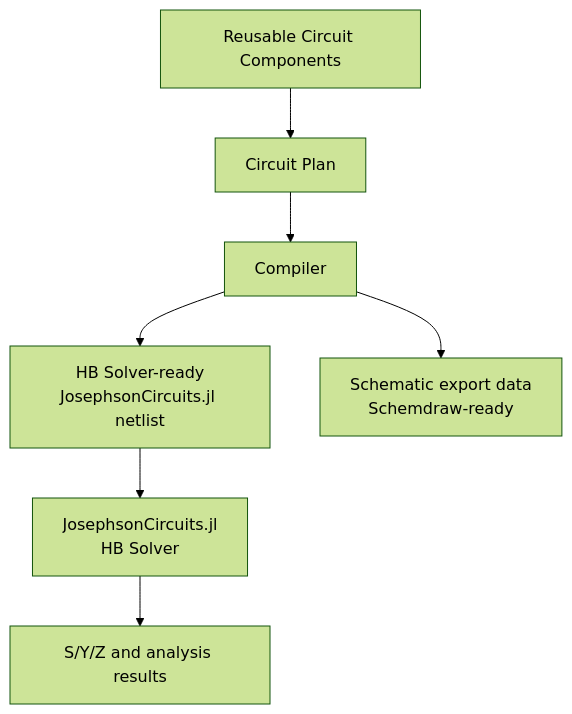
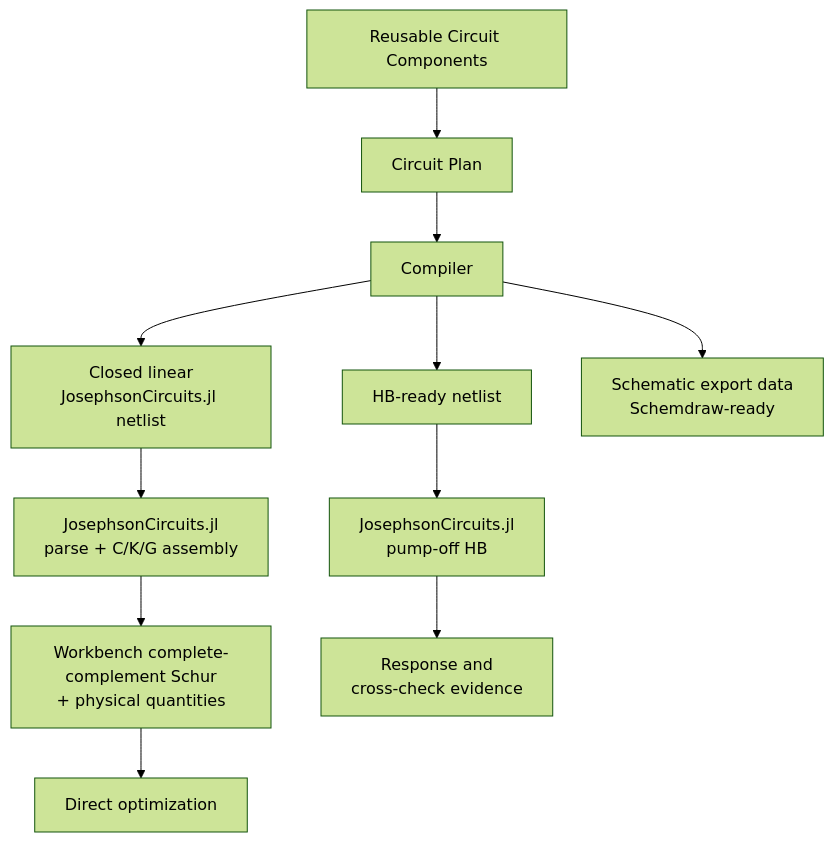
One commit to arfiligol/superconducting-circuits-research-workbench changed the second of 2 diagrams in README.md. Above: the diagram before and after it, drawn with Mermaid (forest theme). The commit also changed other lines of this file and 9 other files, not shown here.

````diff
--- a/README.md
+++ b/README.md
@@ -84,14 +89,19 @@
 ```mermaid
 flowchart TD
     Components["Reusable Circuit Components"]
     Plan["Circuit Plan"]
     Compiler["Compiler"]
-    Netlist["HB Solver-ready<br/>JosephsonCircuits.jl netlist"]
+    Netlist["Closed linear<br/>JosephsonCircuits.jl netlist"]
+    CKG["JosephsonCircuits.jl<br/>parse + C/K/G assembly"]
+    Schur["Workbench complete-complement Schur<br/>+ physical quantities"]
+    Optimize["Direct optimization"]
+    HBNetlist["HB-ready netlist"]
     Schematic["Schematic export data<br/>Schemdraw-ready"]
-    HB["JosephsonCircuits.jl<br/>HB Solver"]
-    Results["S/Y/Z and analysis results"]
+    HB["JosephsonCircuits.jl<br/>pump-off HB"]
+    Results["Response and<br/>cross-check evidence"]
 
     Components --> Plan --> Compiler
-    Compiler --> Netlist --> HB --> Results
+    Compiler --> Netlist --> CKG --> Schur --> Optimize
+    Compiler --> HBNetlist --> HB --> Results
     Compiler --> Schematic
 ```
````
